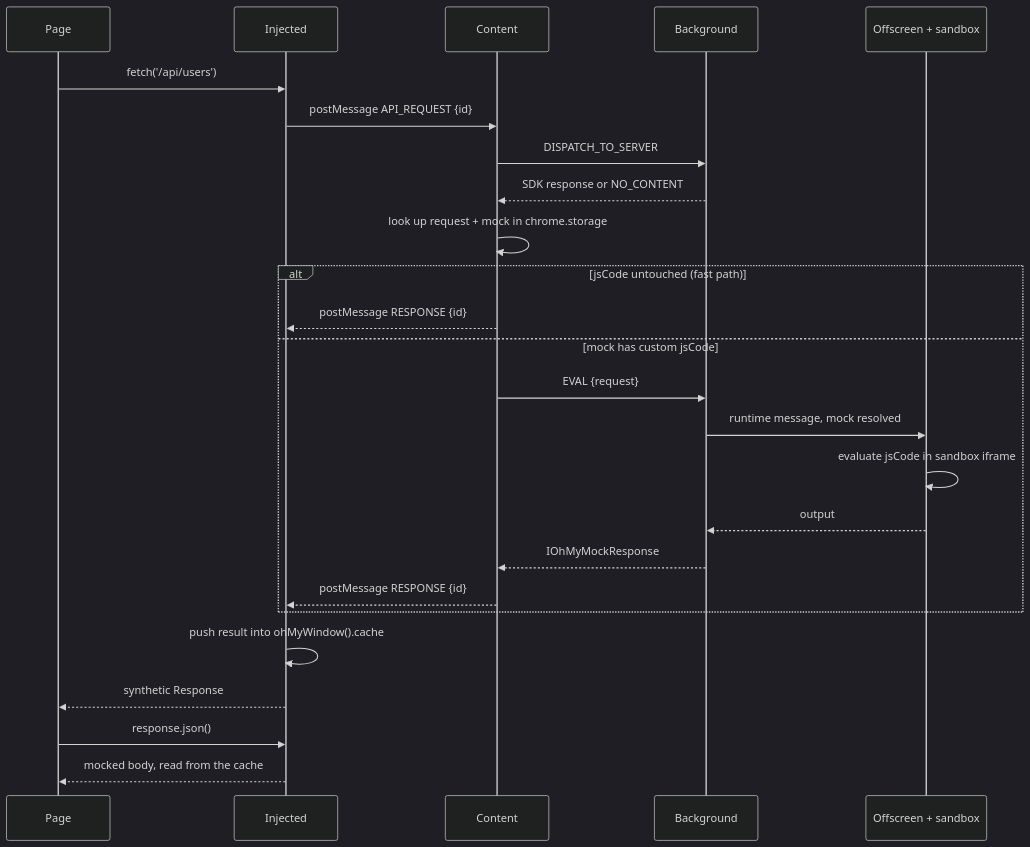
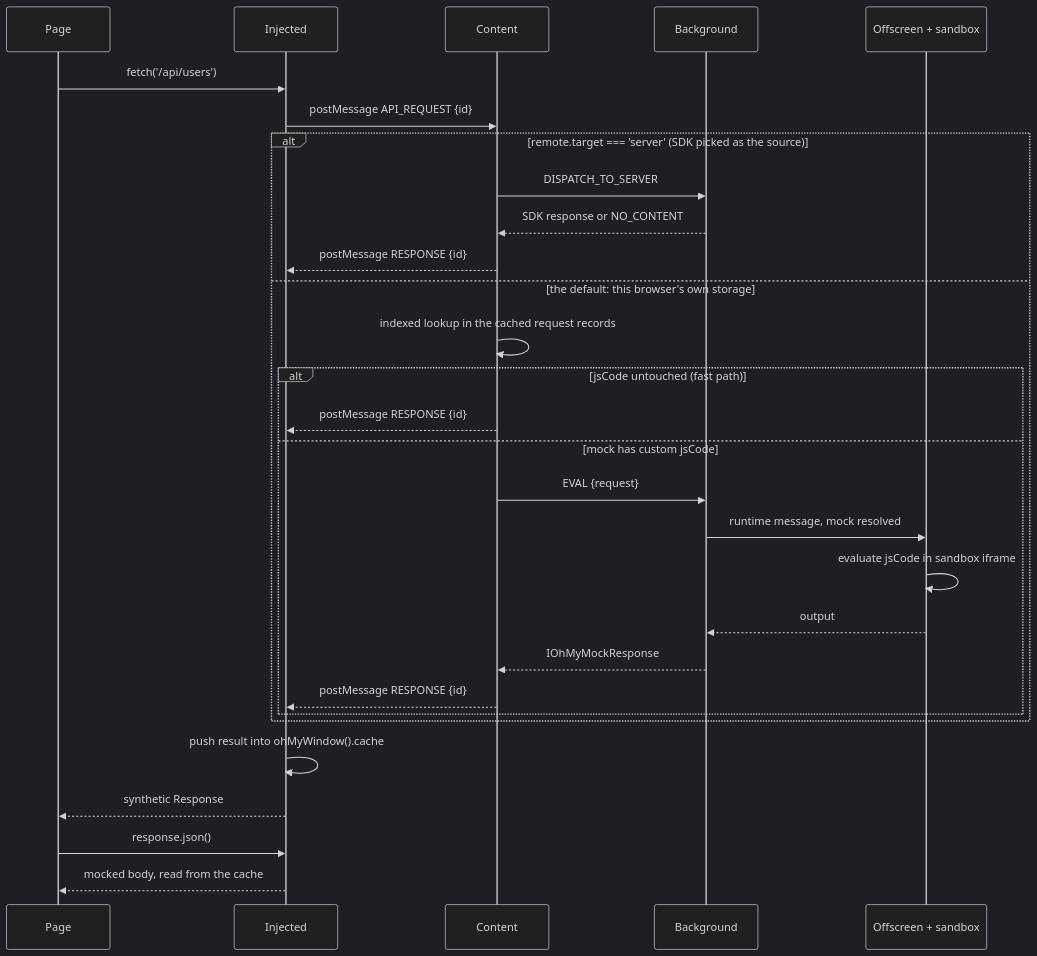
The diagram in docs/architecture/request-flow.md (scaljeri/oh-my-mock), drawn with Mermaid (dark theme) before and after one commit. The commit also changed other lines of this file and 13 other files, not shown here.

````diff
--- a/docs/architecture/request-flow.md
+++ b/docs/architecture/request-flow.md
@@ -28,30 +29,35 @@
 ```mermaid
 sequenceDiagram
     participant P as Page
     participant I as Injected
     participant C as Content
     participant B as Background
     participant O as Offscreen + sandbox
 
     P->>I: fetch('/api/users')
     I->>C: postMessage API_REQUEST {id}
-    C->>B: DISPATCH_TO_SERVER
-    B-->>C: SDK response or NO_CONTENT
-    C->>C: look up request + mock in chrome.storage
 
-    alt jsCode untouched (fast path)
+    alt remote.target === 'server' (SDK picked as the source)
+        C->>B: DISPATCH_TO_SERVER
+        B-->>C: SDK response or NO_CONTENT
         C-->>I: postMessage RESPONSE {id}
-    else mock has custom jsCode
-        C->>B: EVAL {request}
-        B->>O: runtime message, mock resolved
-        O->>O: evaluate jsCode in sandbox iframe
-        O-->>B: output
-        B-->>C: IOhMyMockResponse
-        C-->>I: postMessage RESPONSE {id}
+    else the default: this browser's own storage
+        C->>C: indexed lookup in the cached request records
+
+        alt jsCode untouched (fast path)
+            C-->>I: postMessage RESPONSE {id}
+        else mock has custom jsCode
+            C->>B: EVAL {request}
+            B->>O: runtime message, mock resolved
+            O->>O: evaluate jsCode in sandbox iframe
+            O-->>B: output
+            B-->>C: IOhMyMockResponse
+            C-->>I: postMessage RESPONSE {id}
+        end
     end
 
     I->>I: push result into ohMyWindow().cache
     I-->>P: synthetic Response
     P->>I: response.json()
     I-->>P: mocked body, read from the cache
 ```
````
